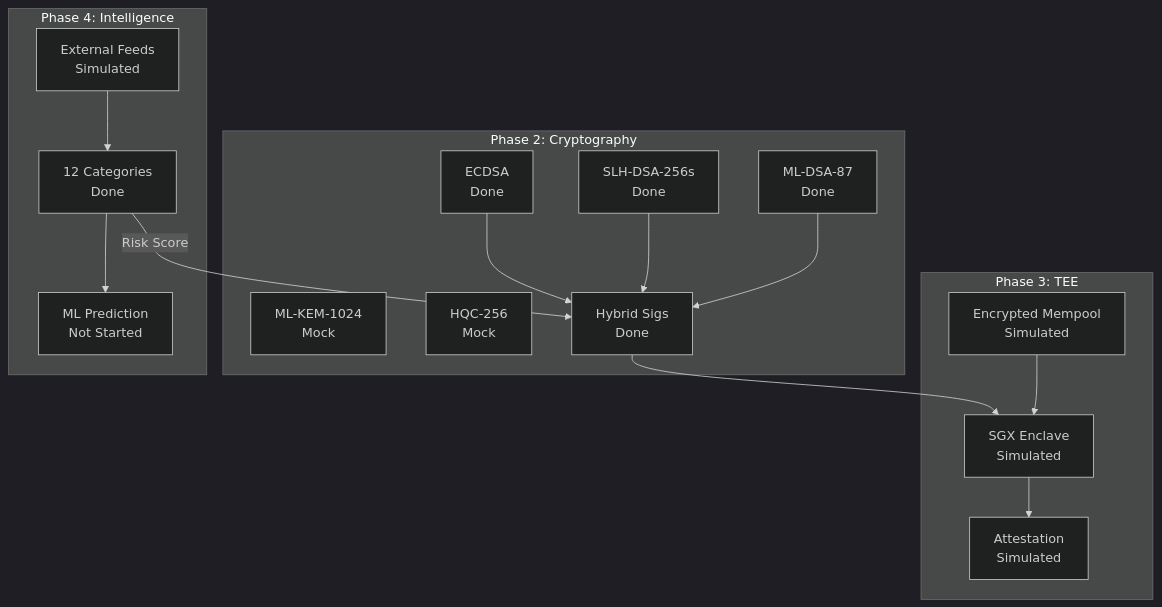
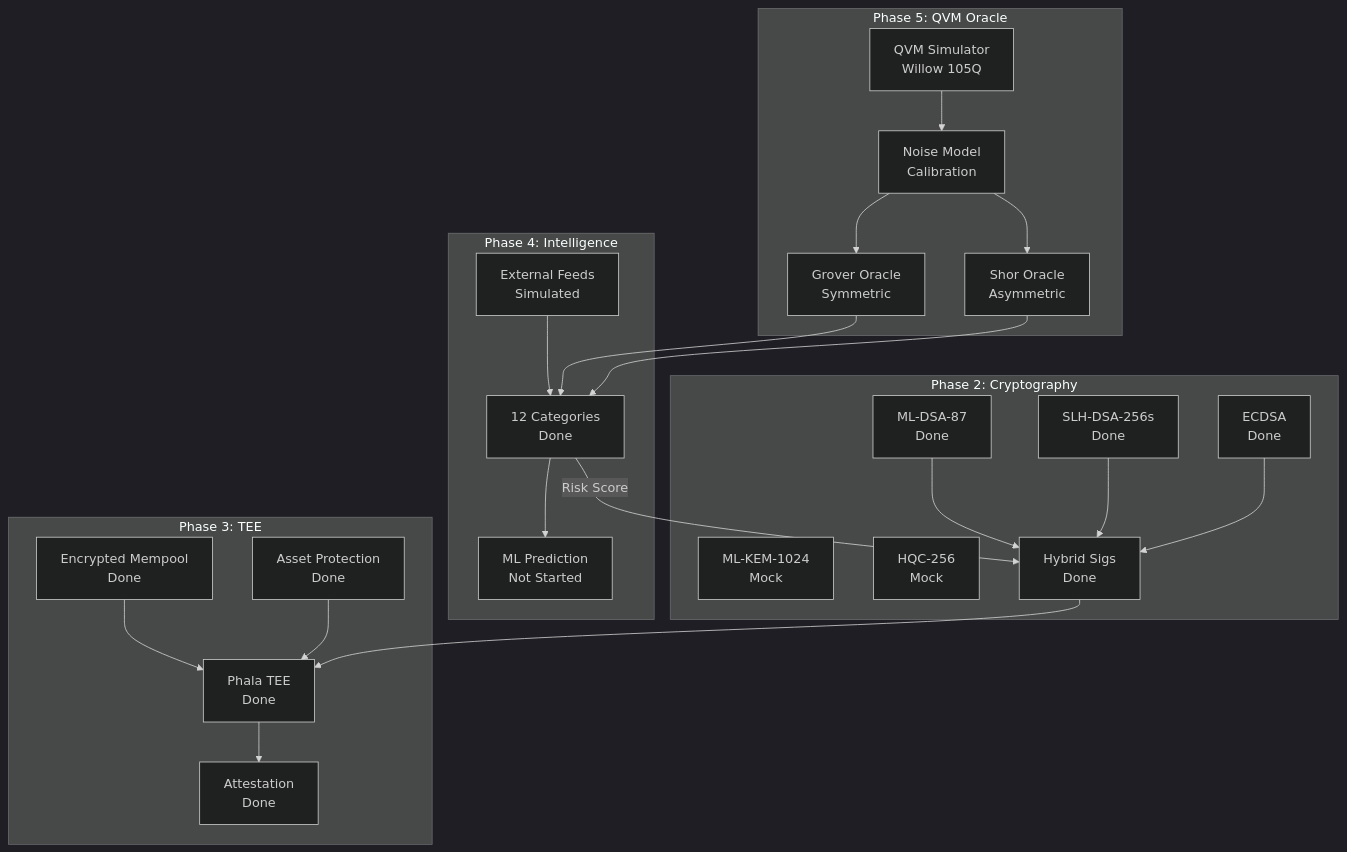
One commit to Halo-Labs-xyz/qAegis changed the diagram in ROADMAP.md. Above: the diagram before and after it, drawn with Mermaid (dark theme). The commit also changed other lines of this file and 17 other files, not shown here.

````diff
--- a/ROADMAP.md
+++ b/ROADMAP.md
@@ -115,36 +255,51 @@
 ```mermaid
 graph TB
+    subgraph Phase5["Phase 5: QVM Oracle"]
+        QVM[QVM Simulator<br/>Willow 105Q]
+        NOISE[Noise Model<br/>Calibration]
+        GROVER[Grover Oracle<br/>Symmetric]
+        SHOR[Shor Oracle<br/>Asymmetric]
+        
+        QVM --> NOISE
+        NOISE --> GROVER
+        NOISE --> SHOR
+    end
+    
     subgraph Phase2["Phase 2: Cryptography"]
         MLDSA[ML-DSA-87<br/>Done]
         SLHDSA[SLH-DSA-256s<br/>Done]
         ECDSA[ECDSA<br/>Done]
         MLKEM[ML-KEM-1024<br/>Mock]
         HQC[HQC-256<br/>Mock]
         HYBRID[Hybrid Sigs<br/>Done]
         
         MLDSA --> HYBRID
         SLHDSA --> HYBRID
         ECDSA --> HYBRID
     end
     
-    subgraph Phase3["Phase 3: TEE"]
-        ENCLAVE[SGX Enclave<br/>Simulated]
-        ATTEST[Attestation<br/>Simulated]
-        MEMPOOL[Encrypted Mempool<br/>Simulated]
-        
-        ENCLAVE --> ATTEST
-        MEMPOOL --> ENCLAVE
-    end
-    
     subgraph Phase4["Phase 4: Intelligence"]
         THREAT[12 Categories<br/>Done]
         FEEDS[External Feeds<br/>Simulated]
         MLRISK[ML Prediction<br/>Not Started]
         
         FEEDS --> THREAT
         THREAT --> MLRISK
     end
     
-    HYBRID --> ENCLAVE
+    subgraph Phase3["Phase 3: TEE"]
+        PHALA[Phala TEE<br/>Done]
+        ATTEST[Attestation<br/>Done]
+        MEMPOOL[Encrypted Mempool<br/>Done]
+        ASSET[Asset Protection<br/>Done]
+        
+        PHALA --> ATTEST
+        MEMPOOL --> PHALA
+        ASSET --> PHALA
+    end
+    
+    GROVER --> THREAT
+    SHOR --> THREAT
     THREAT --> |Risk Score| HYBRID
+    HYBRID --> PHALA
 ```
````
